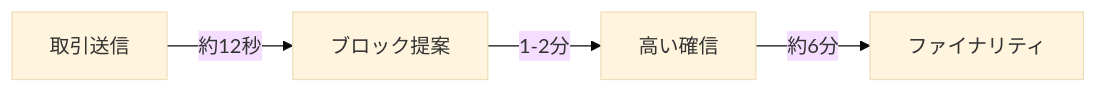
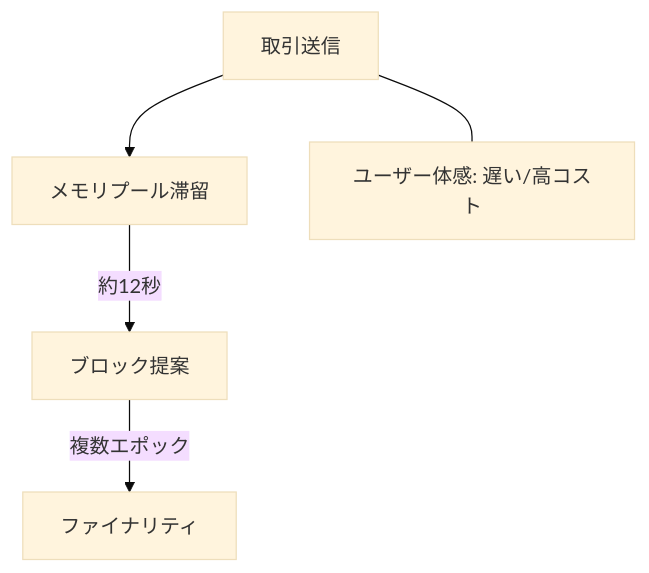
Before and after one commit to NyxFoundation/presentation-agent: the diagram in slides/SL06.md, drawn with Mermaid (base theme). The commit also changed other lines of this file and 5 other files, not shown here.

````diff
--- a/slides/SL06.md
+++ b/slides/SL06.md
@@ -7,6 +8,7 @@
-```mermaid
-flowchart LR
-  A[取引送信] -->|約12秒| B[ブロック提案]
-  B -->|1-2分| C[高い確信]
-  C -->|約6分| D[ファイナリティ]
+```mermaid {scale: 0.85}
+flowchart TD
+  A[取引送信] --> B[メモリプール滞留]
+  B -->|約12秒| C[ブロック提案]
+  C -->|複数エポック| D[ファイナリティ]
+  A --- E[ユーザー体感: 遅い/高コスト]
 ```
````
